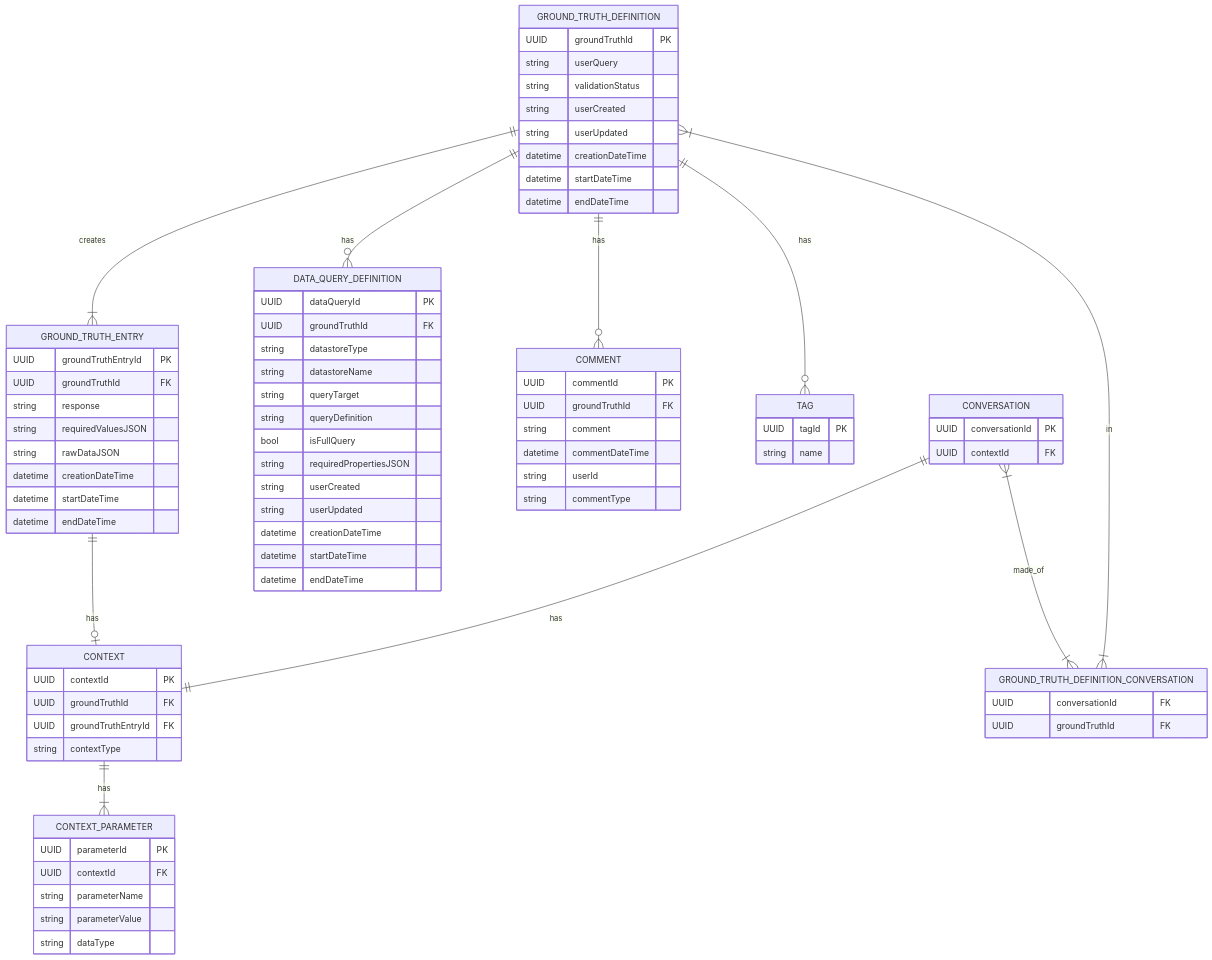
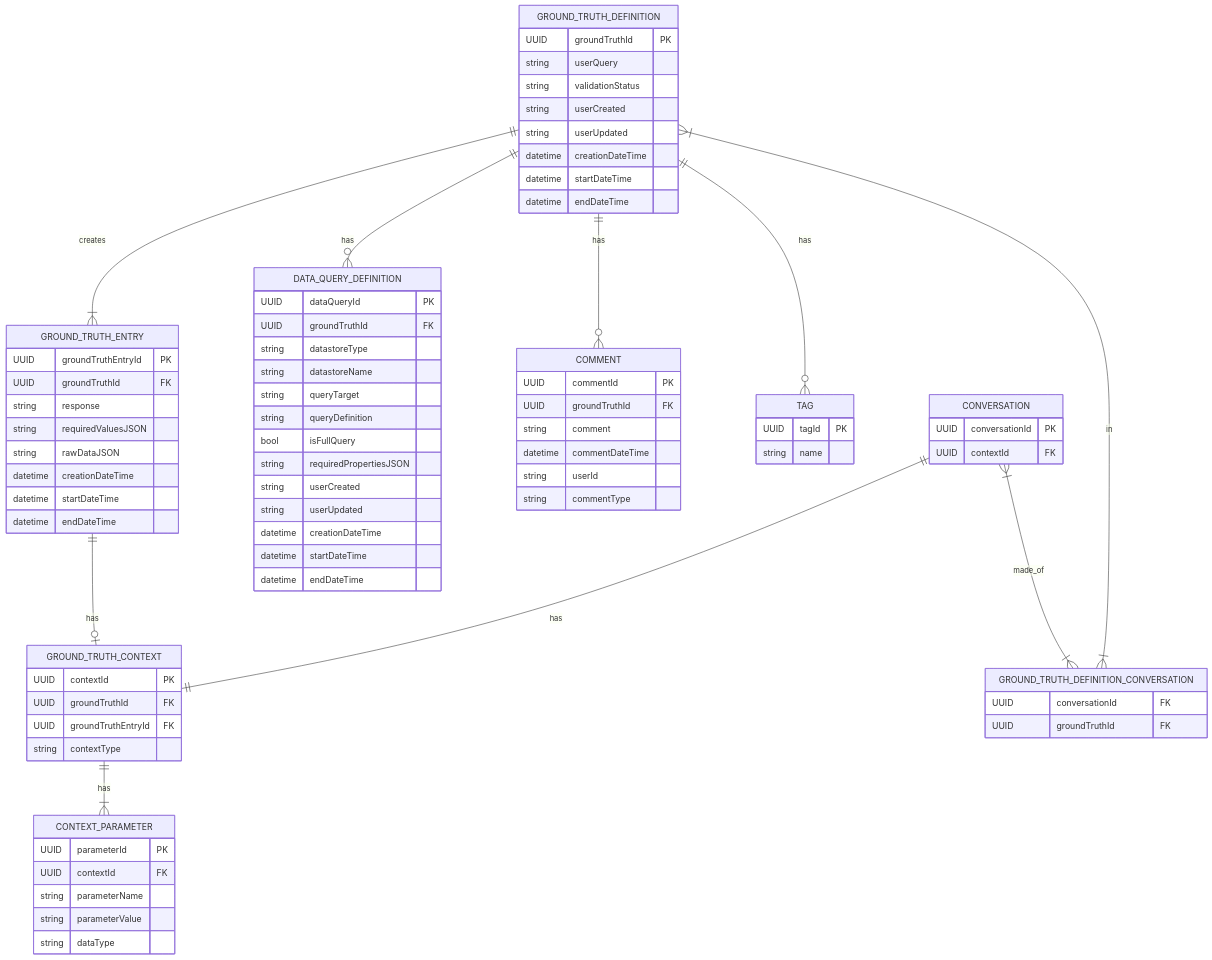
The diagram in docs/GroundTruthERD.md (veritaserum27/Ground-Truth-Curation-App), drawn with Mermaid before and after one commit. The commit also changed other lines of this file and 14 other files, not shown here.

````diff
--- a/docs/GroundTruthERD.md
+++ b/docs/GroundTruthERD.md
@@ -13,80 +13,80 @@
 ```mermaid
 erDiagram
     GROUND_TRUTH_DEFINITION ||--|{ GROUND_TRUTH_ENTRY : creates
     GROUND_TRUTH_DEFINITION ||--o{ DATA_QUERY_DEFINITION : has
     GROUND_TRUTH_DEFINITION ||--o{ COMMENT : has
     GROUND_TRUTH_DEFINITION ||--o{ TAG : has
-    CONTEXT ||--|{ CONTEXT_PARAMETER : has
-    GROUND_TRUTH_ENTRY ||--o| CONTEXT : has
-    CONVERSATION ||--|| CONTEXT : has
+    GROUND_TRUTH_CONTEXT ||--|{ CONTEXT_PARAMETER : has
+    GROUND_TRUTH_ENTRY ||--o| GROUND_TRUTH_CONTEXT : has
+    CONVERSATION ||--|| GROUND_TRUTH_CONTEXT : has
     CONVERSATION }|--|{ GROUND_TRUTH_DEFINITION_CONVERSATION : made_of
-    GROUND_TRUTH_DEFINITION }|--|{ GROUND_TRUTH_DEFINITION_CONVERSATION : in 
+    GROUND_TRUTH_DEFINITION }|--|{ GROUND_TRUTH_DEFINITION_CONVERSATION : in
     GROUND_TRUTH_DEFINITION {
         UUID groundTruthId PK
         string userQuery
         string validationStatus
         string userCreated
         string userUpdated
         datetime creationDateTime
         datetime startDateTime
         datetime endDateTime
     }
     GROUND_TRUTH_ENTRY {
         UUID groundTruthEntryId PK
         UUID groundTruthId FK
         string response
         string requiredValuesJSON
         string rawDataJSON
         datetime creationDateTime
         datetime startDateTime
         datetime endDateTime
     }
     DATA_QUERY_DEFINITION {
         UUID dataQueryId PK
         UUID groundTruthId FK
         string datastoreType
         string datastoreName
         string queryTarget
         string queryDefinition
         bool isFullQuery
         string requiredPropertiesJSON
         string userCreated
         string userUpdated
         datetime creationDateTime
         datetime startDateTime
         datetime endDateTime
     }
-    CONTEXT {
+    GROUND_TRUTH_CONTEXT {
         UUID contextId PK
         UUID groundTruthId FK
         UUID groundTruthEntryId FK
         string contextType
     }
     CONTEXT_PARAMETER {
         UUID parameterId PK
         UUID contextId FK
         string parameterName
         string parameterValue
         string dataType
     }
     COMMENT {
         UUID commentId PK
         UUID groundTruthId FK
         string comment
         datetime commentDateTime
         string userId
         string commentType
     }
     TAG {
         UUID tagId PK
         string name
     }
     CONVERSATION {
         UUID conversationId PK
         UUID contextId FK
     }
     GROUND_TRUTH_DEFINITION_CONVERSATION {
         UUID conversationId FK
         UUID groundTruthId FK
     }
 ```
````
